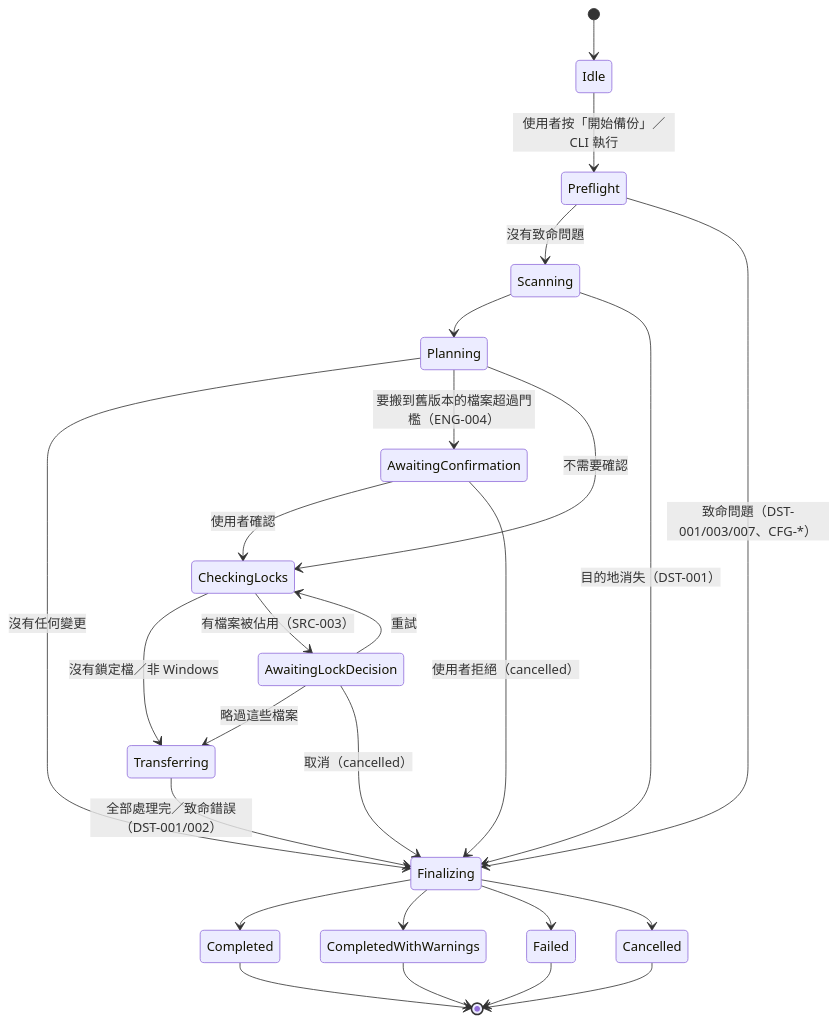
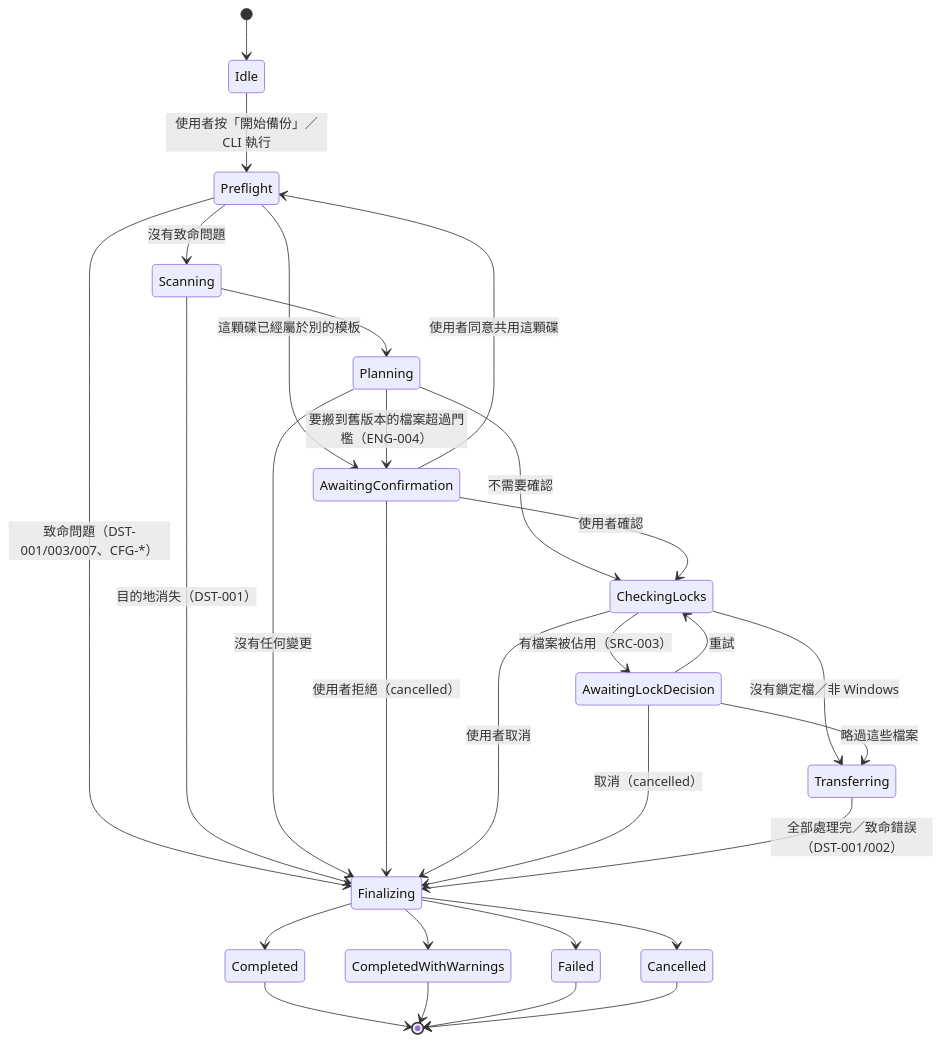
One commit to SpringRain555/nucifraga changed the first of 3 diagrams in docs/architecture/state-machines.md. Above: the diagram before and after it, drawn with Mermaid. The commit also changed other lines of this file and 75 other files, not shown here.

````diff
--- a/docs/architecture/state-machines.md
+++ b/docs/architecture/state-machines.md
@@ -9,29 +9,32 @@
 ```mermaid
 %% name: run-state
 stateDiagram-v2
   [*] --> Idle
   Idle --> Preflight: 使用者按「開始備份」／CLI 執行
   Preflight --> Scanning: 沒有致命問題
   Preflight --> Finalizing: 致命問題（DST-001/003/007、CFG-*）
+  Preflight --> AwaitingConfirmation: 這顆碟已經屬於別的模板
+  AwaitingConfirmation --> Preflight: 使用者同意共用這顆碟
   Scanning --> Planning
   Scanning --> Finalizing: 目的地消失（DST-001）
   Planning --> Finalizing: 沒有任何變更
   Planning --> AwaitingConfirmation: 要搬到舊版本的檔案超過門檻（ENG-004）
   Planning --> CheckingLocks: 不需要確認
   AwaitingConfirmation --> CheckingLocks: 使用者確認
   AwaitingConfirmation --> Finalizing: 使用者拒絕（cancelled）
   CheckingLocks --> Transferring: 沒有鎖定檔／非 Windows
   CheckingLocks --> AwaitingLockDecision: 有檔案被佔用（SRC-003）
+  CheckingLocks --> Finalizing: 使用者取消
   AwaitingLockDecision --> CheckingLocks: 重試
   AwaitingLockDecision --> Transferring: 略過這些檔案
   AwaitingLockDecision --> Finalizing: 取消（cancelled）
   Transferring --> Finalizing: 全部處理完／致命錯誤（DST-001/002）
   Finalizing --> Completed
   Finalizing --> CompletedWithWarnings
   Finalizing --> Failed
   Finalizing --> Cancelled
   Completed --> [*]
   CompletedWithWarnings --> [*]
   Failed --> [*]
   Cancelled --> [*]
 ```
````
